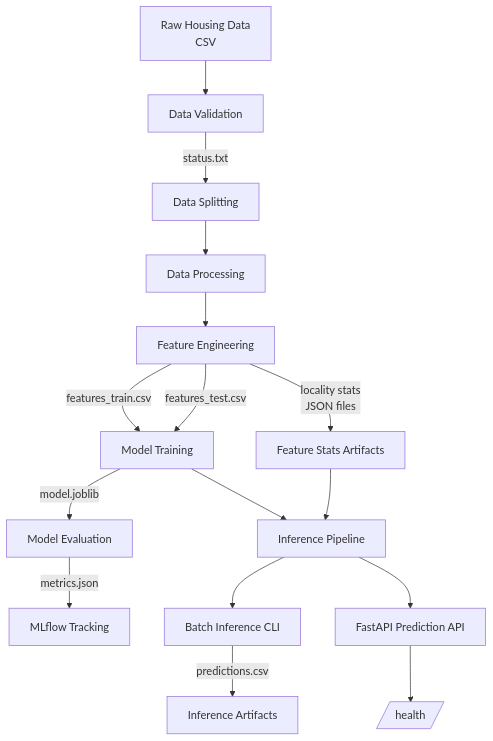
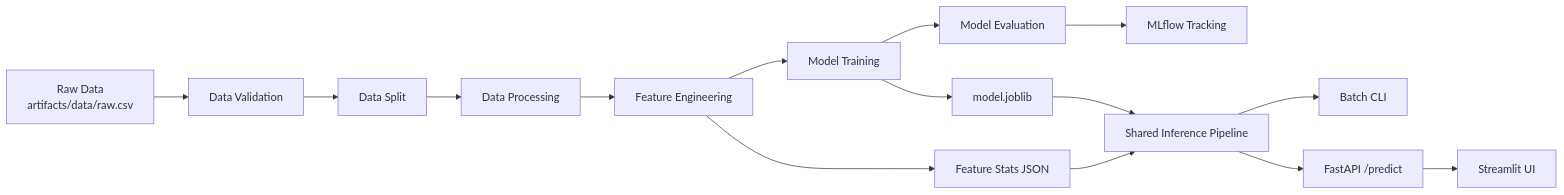
One commit to kcnewman/ares changed the diagram in ARCHITECTURE.md. Above: the diagram before and after it, drawn with Mermaid. The commit also changed other lines of this file and 8 other files, not shown here.

Commit message:
feat: enhance documentation with detailed architecture, API reference, configuration, and troubleshooting guides

````diff
--- a/ARCHITECTURE.md
+++ b/ARCHITECTURE.md
@@ -9,28 +7,20 @@
 ```mermaid
-flowchart TD
-    A[Raw Housing Data<br/>CSV] --> B[Data Validation]
-    B -->|status.txt| C[Data Splitting]
+flowchart LR
+    A[Raw Data<br/>artifacts/data/raw.csv] --> B[Data Validation]
+    B --> C[Data Split]
     C --> D[Data Processing]
     D --> E[Feature Engineering]
+    E --> F[Model Training]
+    F --> G[Model Evaluation]
+    G --> H[MLflow Tracking]
 
-    E -->|features_train.csv| F[Model Training]
-    E -->|features_test.csv| F
+    E --> I[Feature Stats JSON]
+    F --> J[model.joblib]
 
-    F -->|model.joblib| G[Model Evaluation]
-    G -->|metrics.json| H[MLflow Tracking]
+    I --> K[Shared Inference Pipeline]
+    J --> K
 
-    %% Shared artifacts
-    E -->|locality stats<br/>JSON files| I[Feature Stats Artifacts]
-
-    %% Inference paths
-    I --> J[Inference Pipeline]
-    F --> J
-
-    J --> K[Batch Inference CLI]
-    J --> L[FastAPI Prediction API]
-
-    K -->|predictions.csv| M[Inference Artifacts]
-
-    %% Health checks
-    L --> N[/health /]
+    K --> L[Batch CLI]
+    K --> M[FastAPI /predict]
+    M --> N[Streamlit UI]
 ```
````
